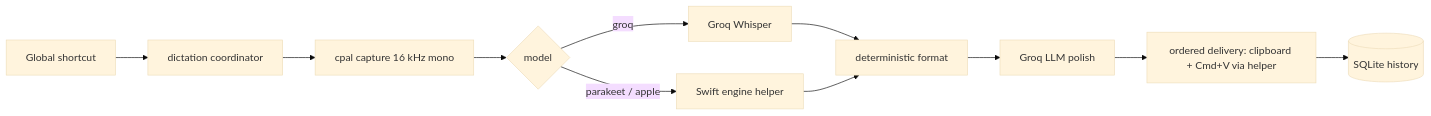
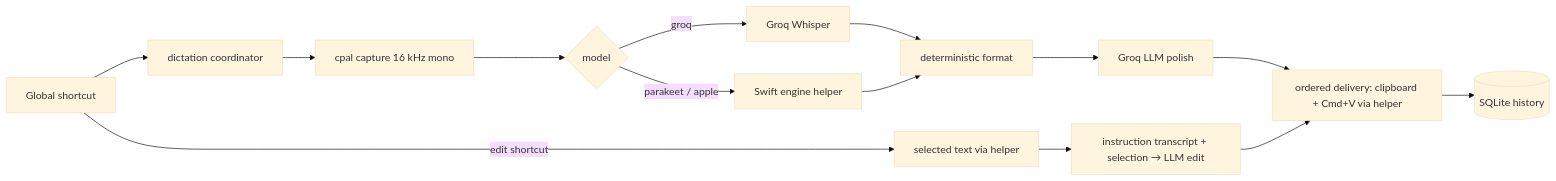
The diagram in docs/internal/architecture.md (yuyudhan/simple-voice), drawn with Mermaid (base theme) before and after one commit. The commit also changed other lines of this file and 4 other files, not shown here.

````diff
--- a/docs/internal/architecture.md
+++ b/docs/internal/architecture.md
@@ -17,13 +17,16 @@
 ```mermaid
 flowchart LR
     K[Global shortcut] --> C[dictation coordinator]
     C --> A[cpal capture 16 kHz mono]
     A --> T{model}
     T -->|groq| G[Groq Whisper]
     T -->|parakeet / apple| E[Swift engine helper]
     G --> F[deterministic format]
     E --> F
     F --> P[Groq LLM polish]
     P --> D[ordered delivery: clipboard + Cmd+V via helper]
     D --> H[(SQLite history)]
+    K -->|edit shortcut| S[selected text via helper]
+    S --> X[instruction transcript + selection → LLM edit]
+    X --> D
 ```
````
